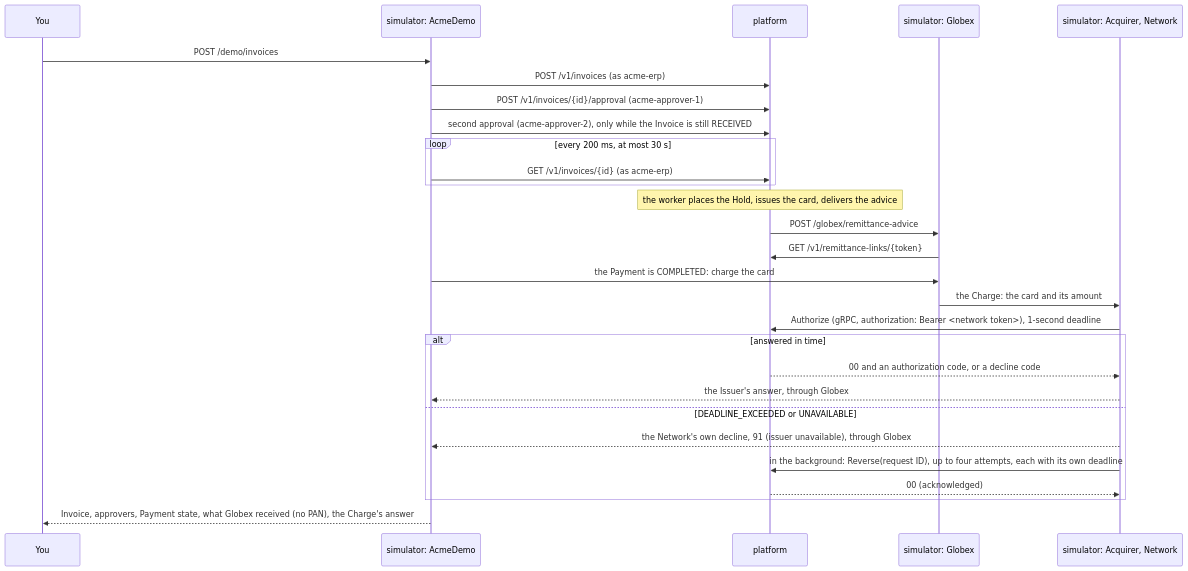
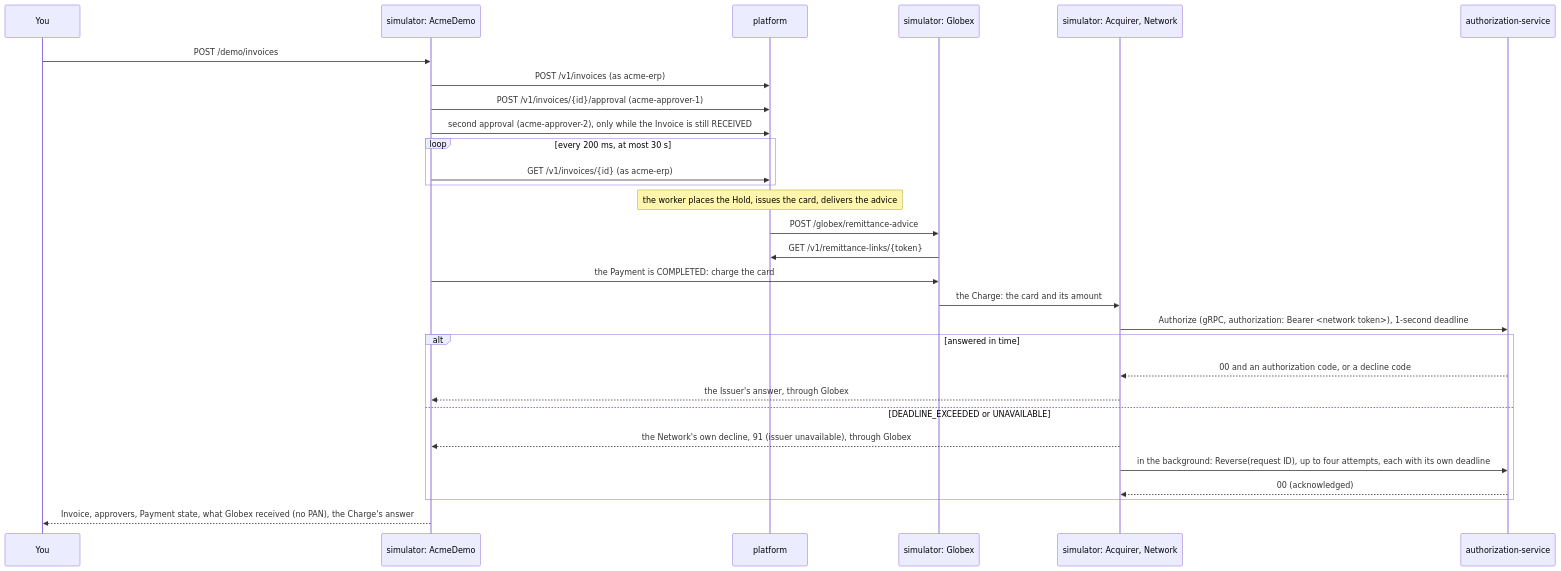
One commit to rgonzal92/b2b-payments-platform changed diagram 12 of 13 in docs/architecture.md. Above: the diagram before and after it, drawn with Mermaid. The commit also changed other lines of this file and 8 other files, not shown here.

Commit message:
docs: the service answers the Network on 9090; the platform keeps a copy

````diff
--- a/docs/architecture.md
+++ b/docs/architecture.md
@@ -478,31 +481,32 @@
 ```mermaid
 sequenceDiagram
   participant You
   participant DEMO as simulator: AcmeDemo
   participant PLT as platform
   participant GLX as simulator: Globex
   participant NET as simulator: Acquirer, Network
+  participant SVC as authorization-service
 
   You->>DEMO: POST /demo/invoices
   DEMO->>PLT: POST /v1/invoices (as acme-erp)
   DEMO->>PLT: POST /v1/invoices/{id}/approval (acme-approver-1)
   DEMO->>PLT: second approval (acme-approver-2), only while the Invoice is still RECEIVED
   loop every 200 ms, at most 30 s
     DEMO->>PLT: GET /v1/invoices/{id} (as acme-erp)
   end
   Note over PLT: the worker places the Hold, issues the card, delivers the advice
   PLT->>GLX: POST /globex/remittance-advice
   GLX->>PLT: GET /v1/remittance-links/{token}
   DEMO->>GLX: the Payment is COMPLETED: charge the card
   GLX->>NET: the Charge: the card and its amount
-  NET->>PLT: Authorize (gRPC, authorization: Bearer <network token>), 1-second deadline
+  NET->>SVC: Authorize (gRPC, authorization: Bearer <network token>), 1-second deadline
   alt answered in time
-    PLT-->>NET: 00 and an authorization code, or a decline code
+    SVC-->>NET: 00 and an authorization code, or a decline code
     NET-->>DEMO: the Issuer's answer, through Globex
   else DEADLINE_EXCEEDED or UNAVAILABLE
     NET-->>DEMO: the Network's own decline, 91 (issuer unavailable), through Globex
-    NET->>PLT: in the background: Reverse(request ID), up to four attempts, each with its own deadline
-    PLT-->>NET: 00 (acknowledged)
+    NET->>SVC: in the background: Reverse(request ID), up to four attempts, each with its own deadline
+    SVC-->>NET: 00 (acknowledged)
   end
   DEMO-->>You: Invoice, approvers, Payment state, what Globex received (no PAN), the Charge's answer
 ```
````
